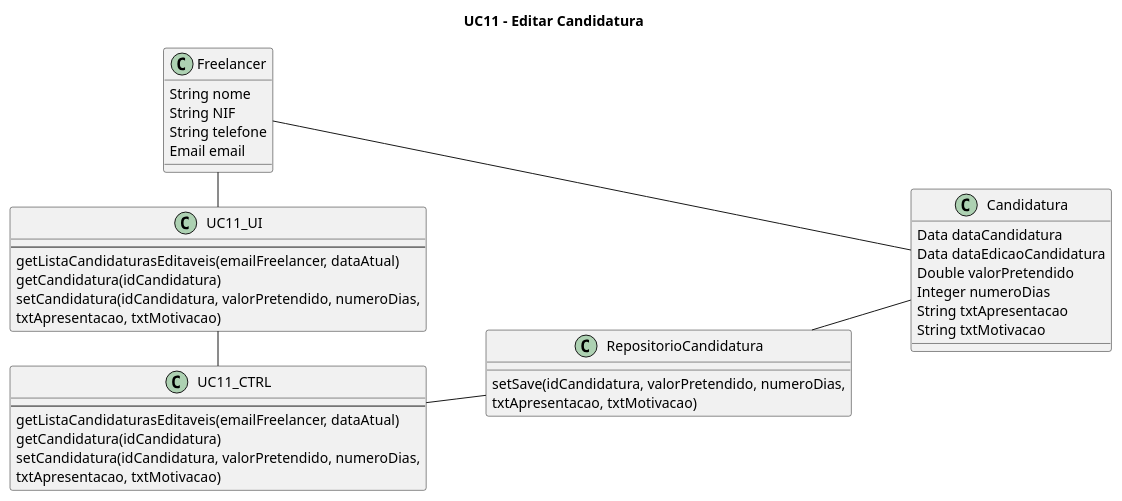
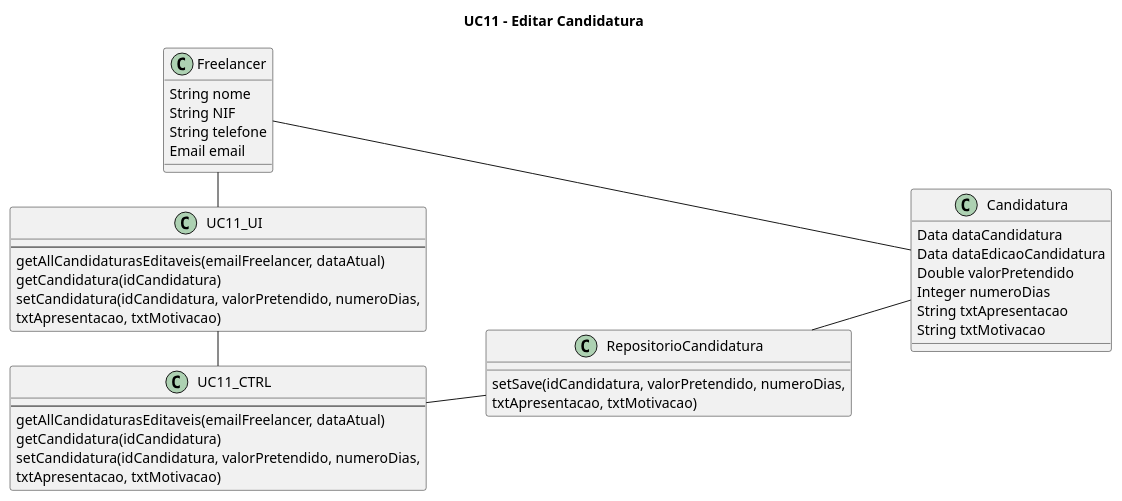
One commit to blestonbandeiraUPSKILL/upskill_java1_labprg_grupo2 changed the diagram in Documentação/Sprint 4/UC11_Editar_Candidatura/UC11_Editar_Candidatura_DiagClas.plantuml. Above: the diagram before and after it, drawn with PlantUML. The commit also changed 6 other files, not shown here.

```diff
--- a/Documentação/Sprint 4/UC11_Editar_Candidatura/UC11_Editar_Candidatura_DiagClas.plantuml
+++ b/Documentação/Sprint 4/UC11_Editar_Candidatura/UC11_Editar_Candidatura_DiagClas.plantuml
@@ -1,48 +1,48 @@
 @startuml
 left to right direction
 
 title UC11 - Editar Candidatura
 
 class Freelancer {
     String nome 
     String NIF
     String telefone
     Email email
 }
 
 class Candidatura {
     Data dataCandidatura
     Data dataEdicaoCandidatura
     Double valorPretendido
     Integer numeroDias
     String txtApresentacao
     String txtMotivacao
 }
 
 class UC11_UI{
     --
-    getListaCandidaturasEditaveis(emailFreelancer, dataAtual)
+    getAllCandidaturasEditaveis(emailFreelancer, dataAtual)
     getCandidatura(idCandidatura)
     setCandidatura(idCandidatura, valorPretendido, numeroDias,
     txtApresentacao, txtMotivacao)    
 }
 
 class UC11_CTRL{
     --
-    getListaCandidaturasEditaveis(emailFreelancer, dataAtual)
+    getAllCandidaturasEditaveis(emailFreelancer, dataAtual)
     getCandidatura(idCandidatura)
     setCandidatura(idCandidatura, valorPretendido, numeroDias,
     txtApresentacao, txtMotivacao)   
 }
 
 class RepositorioCandidatura {
     setSave(idCandidatura, valorPretendido, numeroDias,
     txtApresentacao, txtMotivacao)
 }
 
 UC11_UI - UC11_CTRL
 UC11_CTRL -- RepositorioCandidatura
 RepositorioCandidatura -- Candidatura
 Freelancer - UC11_UI
 Freelancer - Candidatura
 @enduml
```
